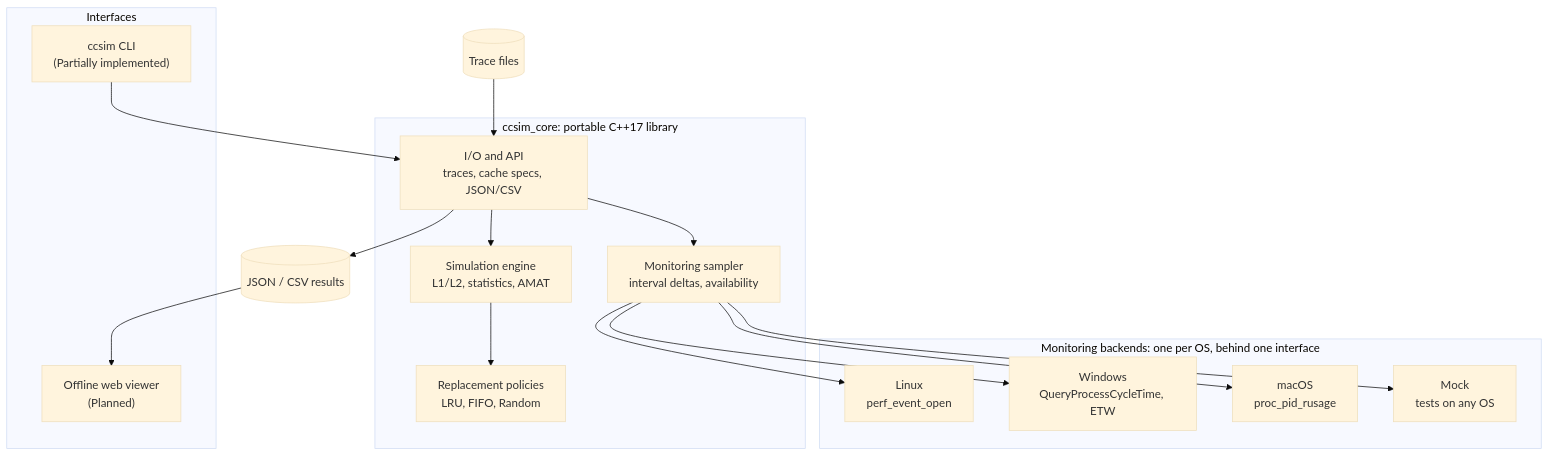
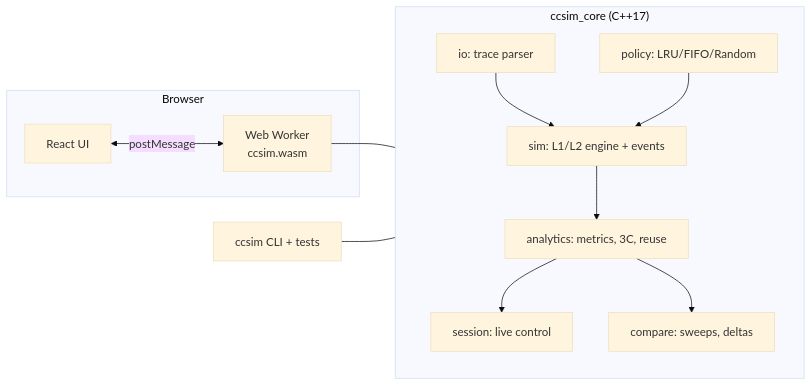
One commit to Code-r4Life/CacheSim changed the diagram in README.md. Above: the diagram before and after it, drawn with Mermaid (base theme). The commit also changed other lines of this file and 9 other files, not shown here.

Commit message:
docs: add ARCHITECTURE, AGENTS, NOTICE, repo structure; align docs with website + WASM

````diff
--- a/README.md
+++ b/README.md
@@ -35,30 +34,15 @@
 ```mermaid
-flowchart TB
-    subgraph Interfaces
-        CLI["ccsim CLI<br/>(Partially implemented)"]
-        VIEW["Offline web viewer<br/>(Planned)"]
+flowchart LR
+    subgraph Browser
+        UI["React UI"] <-->|"postMessage"| W["Web Worker<br/>ccsim.wasm"]
     end
-    subgraph Core["ccsim_core: portable C++17 library"]
-        IO["I/O and API<br/>traces, cache specs, JSON/CSV"]
-        SIM["Simulation engine<br/>L1/L2, statistics, AMAT"]
-        POL["Replacement policies<br/>LRU, FIFO, Random"]
-        SAMP["Monitoring sampler<br/>interval deltas, availability"]
+    subgraph Core["ccsim_core (C++17)"]
+        IO["io: trace parser"] --> SIM["sim: L1/L2 engine + events"]
+        POL["policy: LRU/FIFO/Random"] --> SIM
+        SIM --> AN["analytics: metrics, 3C, reuse"]
+        AN --> SES["session: live control"]
+        AN --> CMP["compare: sweeps, deltas"]
     end
-    subgraph Backends["Monitoring backends: one per OS, behind one interface"]
-        LNX["Linux<br/>perf_event_open"]
-        WIN["Windows<br/>QueryProcessCycleTime, ETW"]
-        MAC["macOS<br/>proc_pid_rusage"]
-        MOCK["Mock<br/>tests on any OS"]
-    end
-    TRACE[("Trace files")] --> IO
-    CLI --> IO
-    IO --> SIM
-    SIM --> POL
-    IO --> SAMP
-    SAMP --> LNX
-    SAMP --> WIN
-    SAMP --> MAC
-    SAMP --> MOCK
-    IO --> OUT[("JSON / CSV results")]
-    OUT --> VIEW
+    W --- Core
+    CLI["ccsim CLI + tests"] --- Core
 ```
````
